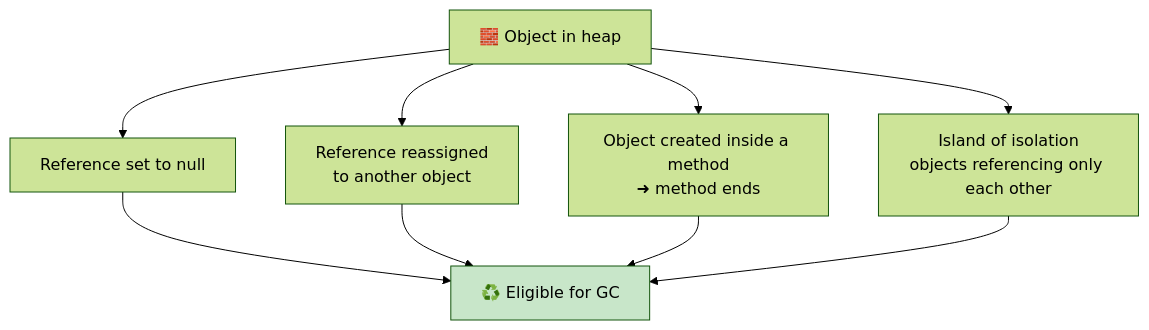
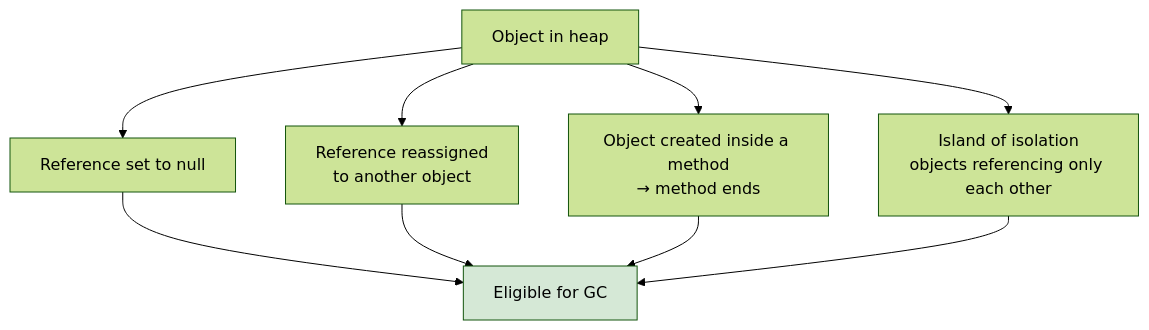
The first of 2 diagrams in src/Theory/11-Advanced-Concepts/02-Garbage-Collection.md (kundankumarsharma56/Leaning-Java), drawn with Mermaid (forest theme) before and after one commit. The commit also changed other lines of this file and 84 other files, not shown here.

````diff
--- a/src/Theory/11-Advanced-Concepts/02-Garbage-Collection.md
+++ b/src/Theory/11-Advanced-Concepts/02-Garbage-Collection.md
@@ -21,12 +21,12 @@
 ```mermaid
 flowchart TD
-    O["🧱 Object in heap"] --> R1["Reference set to null"]
+    O["Object in heap"] --> R1["Reference set to null"]
     O --> R2["Reference reassigned<br/>to another object"]
-    O --> R3["Object created inside a method<br/>➜ method ends"]
+    O --> R3["Object created inside a method<br/>→ method ends"]
     O --> R4["Island of isolation<br/>objects referencing only each other"]
-    R1 --> E["♻️ Eligible for GC"]
+    R1 --> E["Eligible for GC"]
     R2 --> E
     R3 --> E
     R4 --> E
-    style E fill:#c8e6c9
+    style E fill:#d5e8d6
 ```
````
